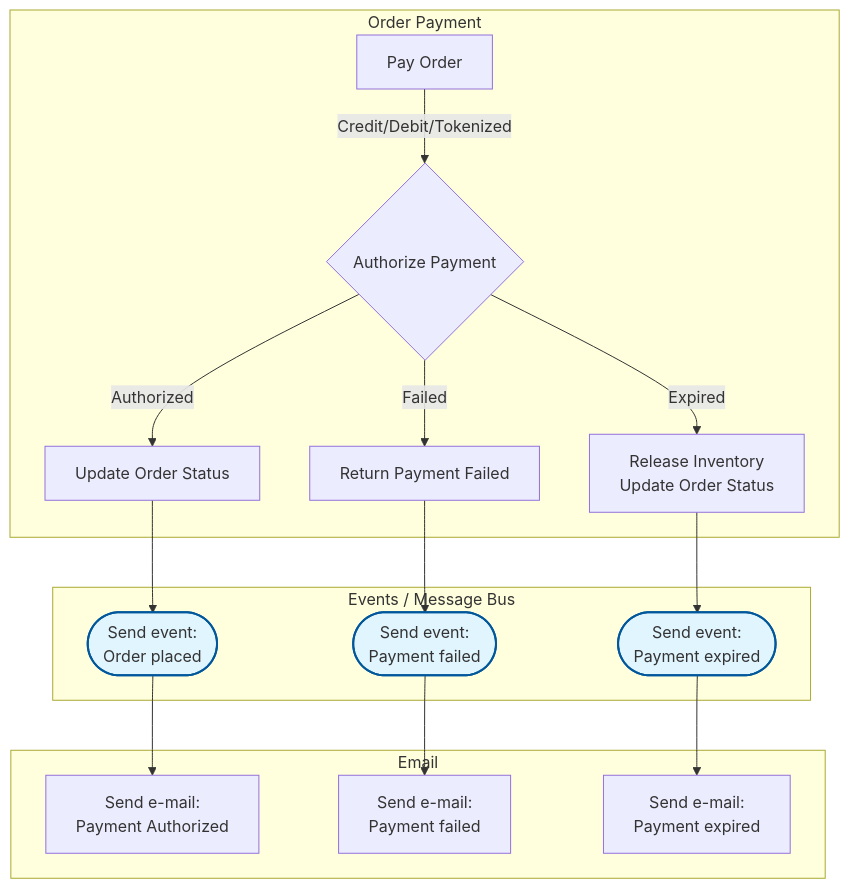
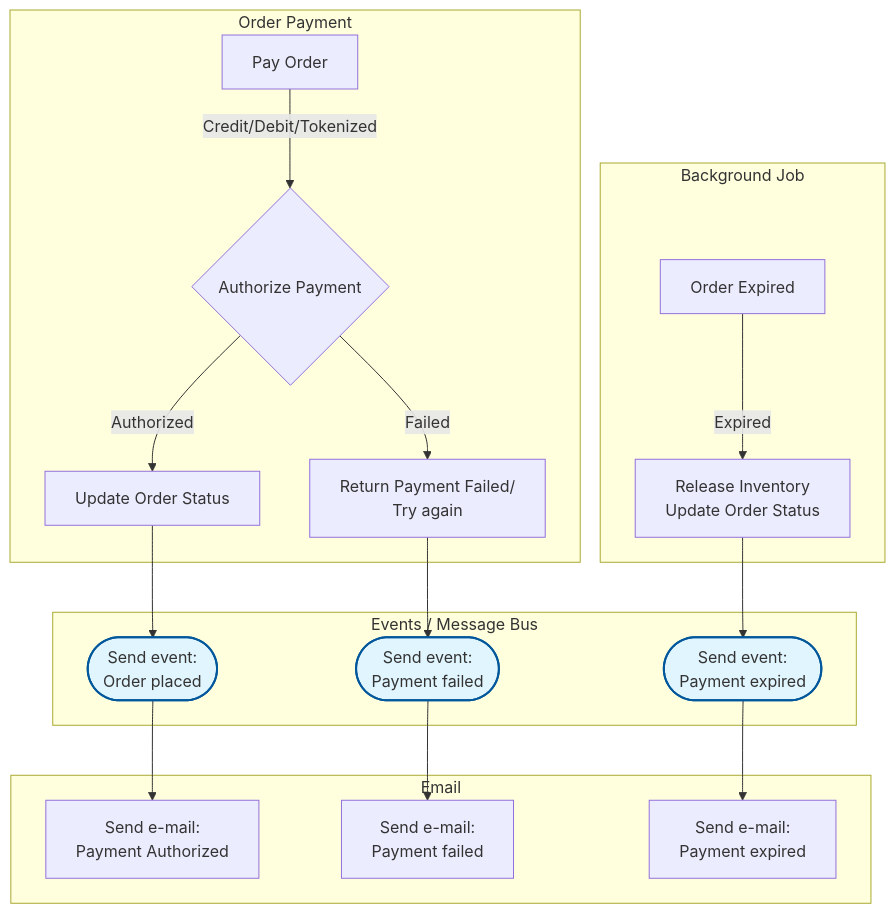
The second of 4 diagrams in README.md (RobertoFreireDev/Order-Management), drawn with Mermaid before and after one commit. The commit also changed other lines of this file, not shown here.

Commit message:
clean up flows

````diff
--- a/README.md
+++ b/README.md
@@ -39,40 +47,43 @@
 ```mermaid
 flowchart TD
     %% Subgraph Styling
     classDef event fill:#e1f5fe,stroke:#01579b,stroke-width:2px;
     classDef logic fill:#f5f5f5,stroke:#333,stroke-width:1px;
     classDef fulfill fill:#fff3e0,stroke:#ef6c00,stroke-width:1px;
     classDef note fill:#f9fbe7,stroke:#827717,stroke-width:1px;
 
     subgraph Order_Payment [Order Payment]
         A1[Pay Order] --> |"Credit/Debit/Tokenized"| E{Authorize Payment}
-        E -->|Expired| F[Release Inventory<br/>Update Order Status]
         E -->|Authorized| G[Update Order Status]
-        E -->|Failed| G1[Return Payment Failed]
+        E -->|Failed| G1[Return Payment Failed/<br/>Try again]
+    end
+
+    subgraph Order_Payment_Background_Job [Background Job]
+        A2[Order Expired] --> |Expired| F[Release Inventory<br/>Update Order Status]
     end
 
     subgraph Events [Events / Message Bus]
         H([Send event:<br/>Order placed])
         H1([Send event:<br/>Payment failed])
         H2([Send event:<br/>Payment expired])
     end
 
     subgraph Email [Email]
         I[Send e-mail: <br/>Payment Authorized]
         I1[Send e-mail: <br/>Payment failed]
         I2[Send e-mail: <br/>Payment expired]
     end
 
     %% Logic to Events
     G --> H
     F --> H2
     G1 --> H1
     
     %% Event Distribution
     H --> I
     H1 --> I1
     H2 --> I2
 
     %% Class Assignments
     class H,H1,H2 event;
 ```
````
